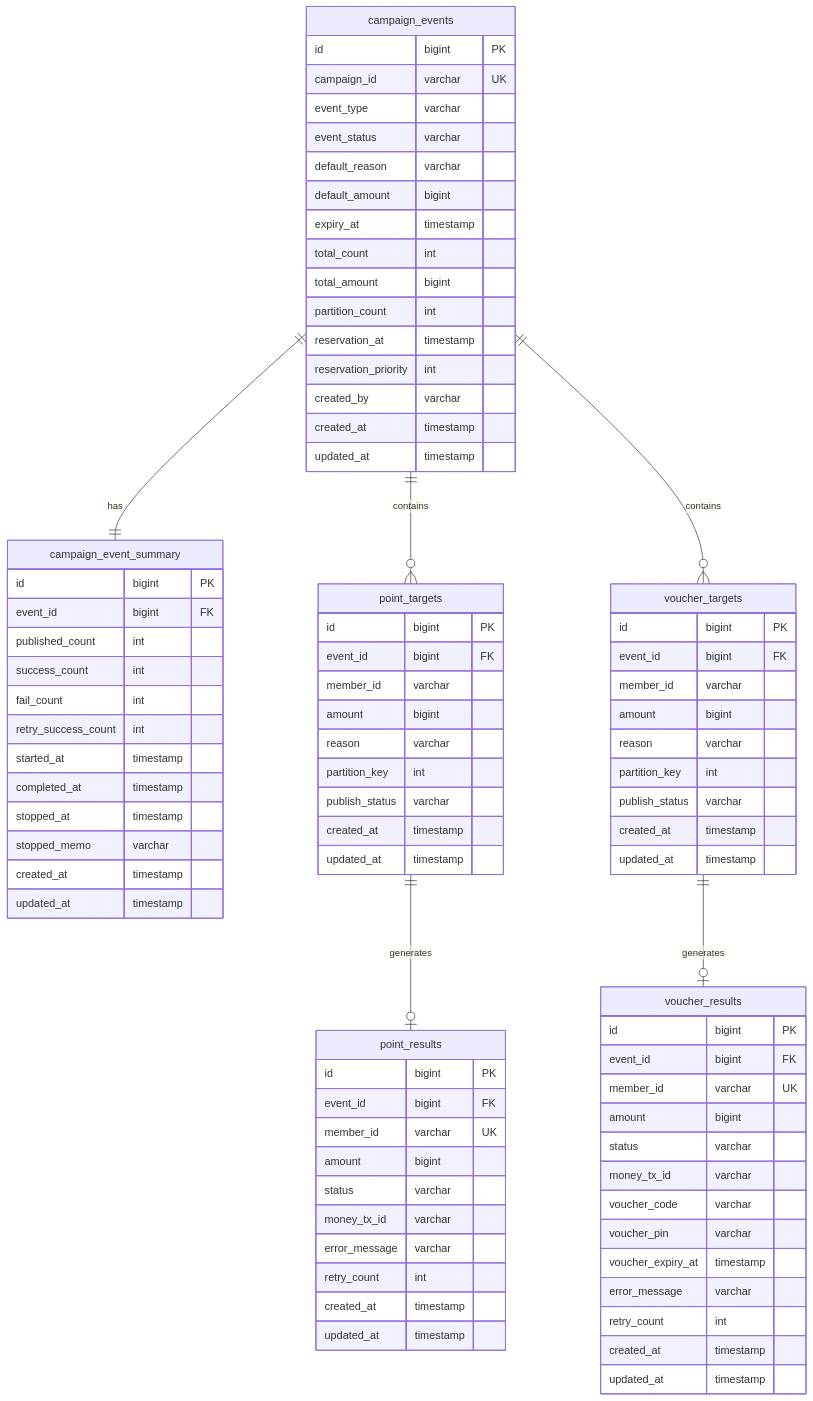
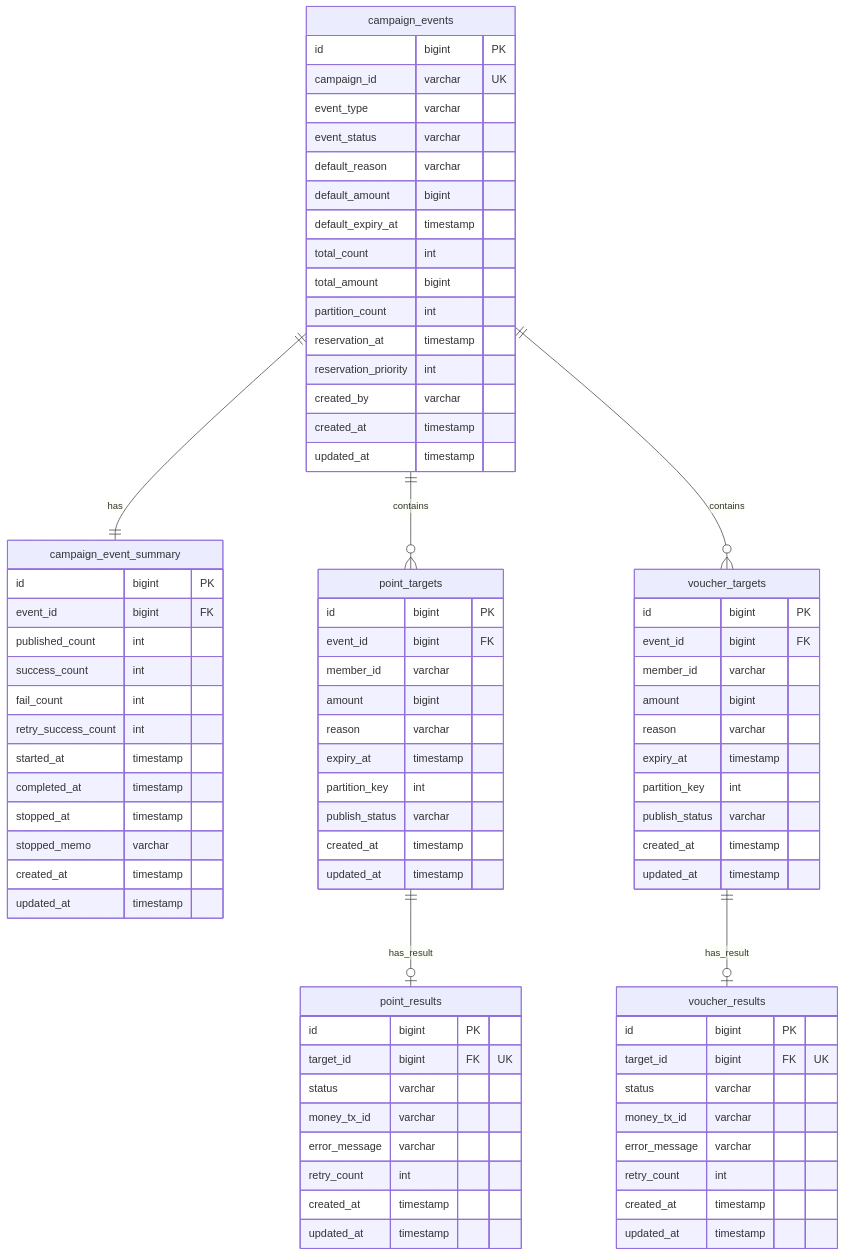
Before and after one commit to JiYoonKimjimmy/obsidian-vault: the diagram in 1. Project/2026_MP_대량 포인트 지급 시스템/03_Data Modeling.md, drawn with Mermaid. The commit also changed other lines of this file and 1 other file, not shown here.

```diff
--- a/1. Project/2026_MP_대량 포인트 지급 시스템/03_Data Modeling.md
+++ b/1. Project/2026_MP_대량 포인트 지급 시스템/03_Data Modeling.md
@@ -29,8 +29,8 @@
     campaign_events ||--|| campaign_event_summary : has
     campaign_events ||--o{ point_targets : contains
     campaign_events ||--o{ voucher_targets : contains
-    point_targets ||--o| point_results : generates
-    voucher_targets ||--o| voucher_results : generates
+    point_targets ||--o| point_results : has_result
+    voucher_targets ||--o| voucher_results : has_result
     
     campaign_events {
         id bigint PK
@@ -39,7 +39,7 @@
         event_status varchar
         default_reason varchar
         default_amount bigint
-        expiry_at timestamp
+        default_expiry_at timestamp
         total_count int
         total_amount bigint
         partition_count int
@@ -71,6 +71,7 @@
         member_id varchar
         amount bigint
         reason varchar
+        expiry_at timestamp
         partition_key int
         publish_status varchar
         created_at timestamp
@@ -79,9 +80,7 @@
     
     point_results {
         id bigint PK
-        event_id bigint FK
-        member_id varchar UK
-        amount bigint
+        target_id bigint FK "UK"
         status varchar
         money_tx_id varchar
         error_message varchar
@@ -96,6 +95,7 @@
         member_id varchar
         amount bigint
         reason varchar
+        expiry_at timestamp
         partition_key int
         publish_status varchar
         created_at timestamp
@@ -104,14 +104,9 @@
     
     voucher_results {
         id bigint PK
-        event_id bigint FK
-        member_id varchar UK
-        amount bigint
+        target_id bigint FK "UK"
         status varchar
         money_tx_id varchar
-        voucher_code varchar
-        voucher_pin varchar
-        voucher_expiry_at timestamp
         error_message varchar
         retry_count int
         created_at timestamp
```
